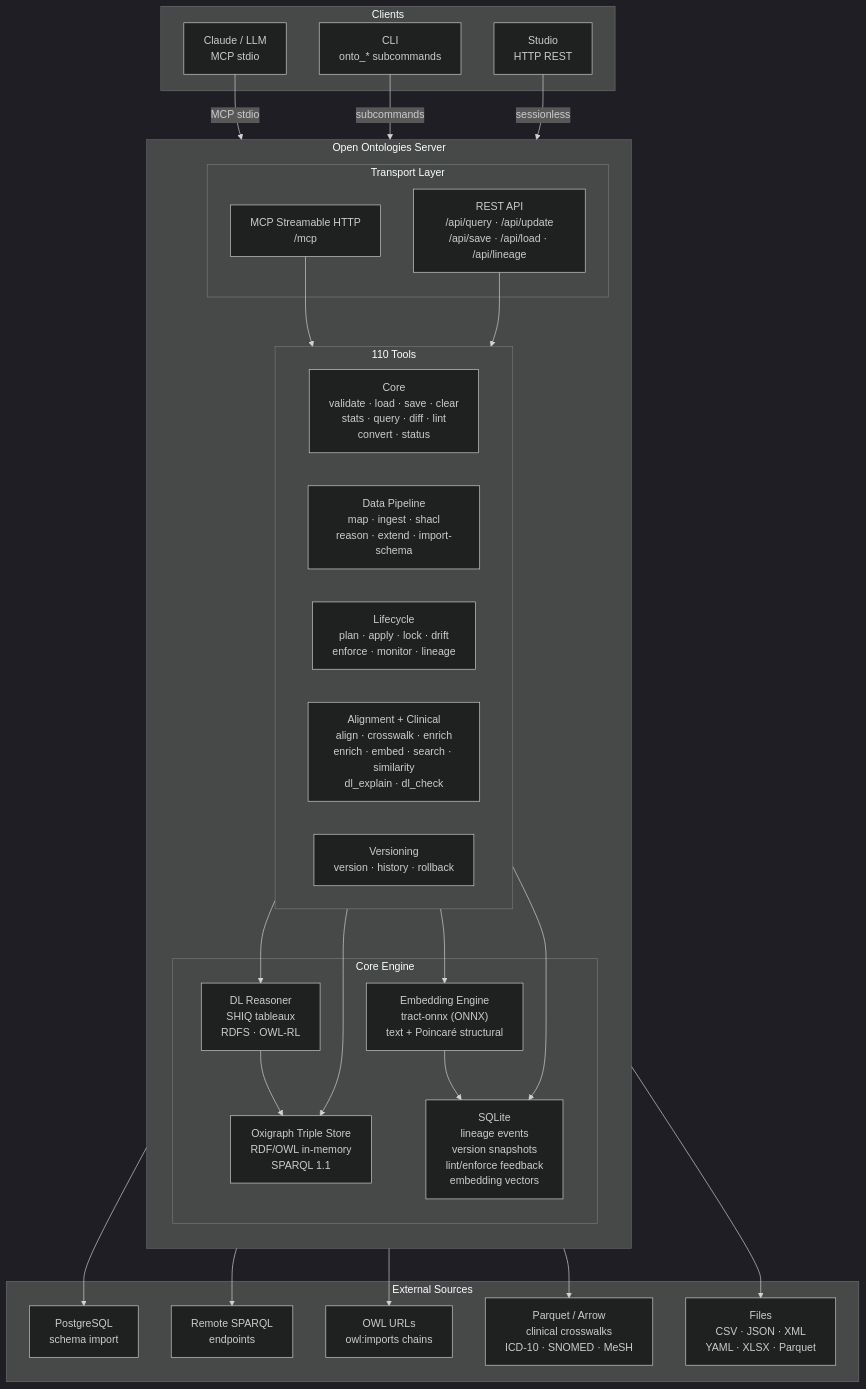
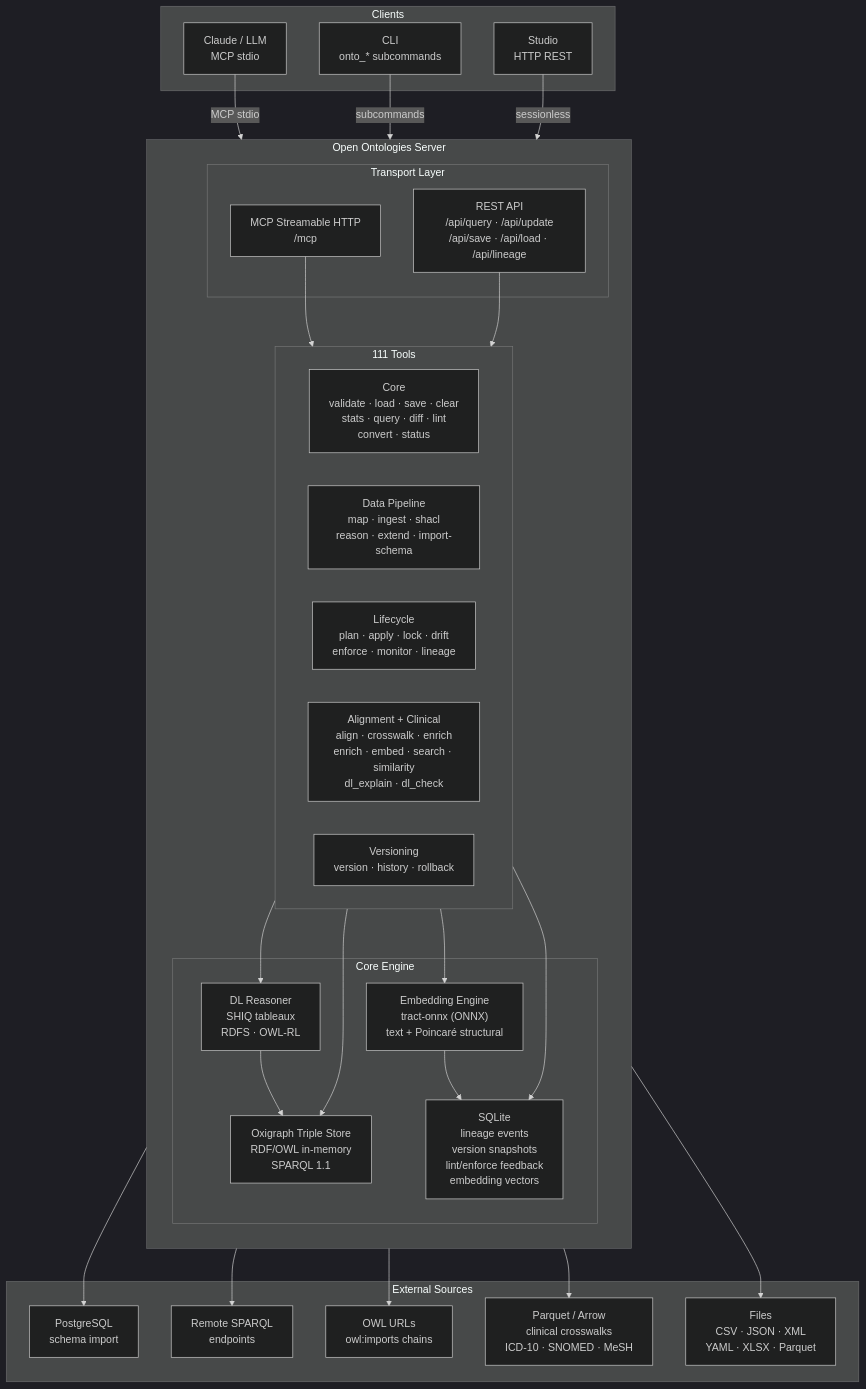
The fourth of 5 diagrams in README.md (Elendil-Q/open-ontologies), drawn with Mermaid (dark theme) before and after one commit. The commit also changed other lines of this file and 1 other file, not shown here.

````diff
--- a/README.md
+++ b/README.md
@@ -934,62 +959,62 @@
 ```mermaid
 flowchart TD
     subgraph Clients["Clients"]
         Claude["Claude / LLM\nMCP stdio"]
         CLI["CLI\nonto_* subcommands"]
         Studio["Studio\nHTTP REST"]
     end
 
     subgraph Server["Open Ontologies Server"]
         direction TB
 
         subgraph Transport["Transport Layer"]
             MCP_HTTP["MCP Streamable HTTP\n/mcp"]
             REST["REST API\n/api/query · /api/update\n/api/save · /api/load · /api/lineage"]
         end
 
-        subgraph ToolGroups["110 Tools"]
+        subgraph ToolGroups["111 Tools"]
             direction LR
             Core["Core\nvalidate · load · save · clear\nstats · query · diff · lint\nconvert · status"]
             DataPipe["Data Pipeline\nmap · ingest · shacl\nreason · extend · import-schema"]
             Lifecycle["Lifecycle\nplan · apply · lock · drift\nenforce · monitor · lineage"]
             Advanced["Alignment + Clinical\nalign · crosswalk · enrich\nenrich · embed · search · similarity\ndl_explain · dl_check"]
             Version["Versioning\nversion · history · rollback"]
         end
 
         subgraph Core2["Core Engine"]
             GraphStore["Oxigraph Triple Store\nRDF/OWL in-memory\nSPARQL 1.1"]
             SQLite["SQLite\nlineage events\nversion snapshots\nlint/enforce feedback\nembedding vectors"]
             Reasoner["DL Reasoner\nSHIQ tableaux\nRDFS · OWL-RL"]
             Embedder["Embedding Engine\ntract-onnx (ONNX)\ntext + Poincaré structural"]
         end
     end
 
     subgraph External["External Sources"]
         PG["PostgreSQL\nschema import"]
         SPARQL["Remote SPARQL\nendpoints"]
         OWL["OWL URLs\nowl:imports chains"]
         Parquet["Parquet / Arrow\nclinical crosswalks\nICD-10 · SNOMED · MeSH"]
         Files["Files\nCSV · JSON · XML\nYAML · XLSX · Parquet"]
     end
 
     Claude -->|"MCP stdio"| MCP_HTTP
     CLI -->|"subcommands"| MCP_HTTP
     Studio -->|"sessionless"| REST
 
     MCP_HTTP --> ToolGroups
     REST --> ToolGroups
 
     ToolGroups --> GraphStore
     ToolGroups --> SQLite
     ToolGroups --> Reasoner
     ToolGroups --> Embedder
 
     Reasoner --> GraphStore
     Embedder --> SQLite
 
     DataPipe --> Files
     Advanced --> Parquet
     Core --> OWL
     Core --> SPARQL
     DataPipe --> PG
 ```
````
